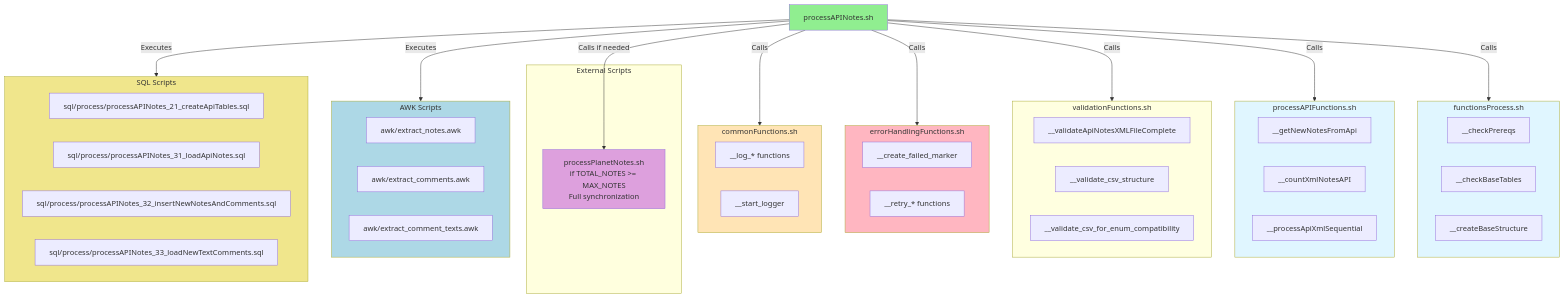
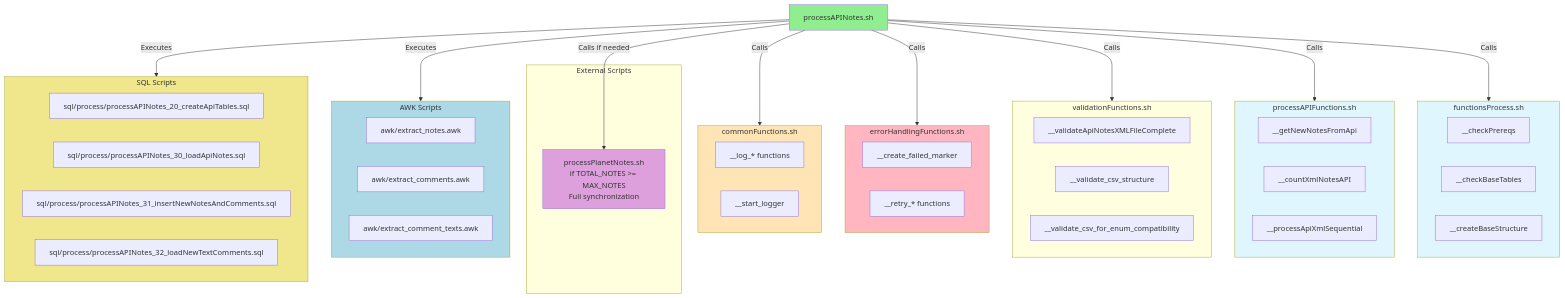
The second of 7 diagrams in docs/Process_API.md (OSM-Notes/OSM-Notes-Ingestion), drawn with Mermaid before and after one commit. The commit also changed other lines of this file and 64 other files, not shown here.

````diff
--- a/docs/Process_API.md
+++ b/docs/Process_API.md
@@ -566,68 +566,68 @@
 ```mermaid
 graph TD
     MAIN[processAPINotes.sh]
     
     subgraph Functions["functionsProcess.sh"]
         FUNC1[__checkPrereqs]
         FUNC2[__checkBaseTables]
         FUNC3[__createBaseStructure]
     end
     
     subgraph APIFunctions["processAPIFunctions.sh"]
         API1[__getNewNotesFromApi]
         API2[__countXmlNotesAPI]
         API3[__processApiXmlSequential]
     end
     
     subgraph Validation["validationFunctions.sh"]
         VAL1[__validateApiNotesXMLFileComplete]
         VAL2[__validate_csv_structure]
         VAL3[__validate_csv_for_enum_compatibility]
     end
     
     subgraph ErrorHandling["errorHandlingFunctions.sh"]
         ERR1[__create_failed_marker]
         ERR2[__retry_* functions]
     end
     
     subgraph Common["commonFunctions.sh"]
         COMMON1[__log_* functions]
         COMMON2[__start_logger]
     end
     
     subgraph External["External Scripts"]
         PLANET[processPlanetNotes.sh<br/>if TOTAL_NOTES >= MAX_NOTES<br/>Full synchronization]
     end
     
     subgraph AWK["AWK Scripts"]
         AWK1[awk/extract_notes.awk]
         AWK2[awk/extract_comments.awk]
         AWK3[awk/extract_comment_texts.awk]
     end
     
     subgraph SQL["SQL Scripts"]
-        SQL1[sql/process/processAPINotes_21_createApiTables.sql]
-        SQL2[sql/process/processAPINotes_31_loadApiNotes.sql]
-        SQL3[sql/process/processAPINotes_32_insertNewNotesAndComments.sql]
-        SQL4[sql/process/processAPINotes_33_loadNewTextComments.sql]
+        SQL1[sql/process/processAPINotes_20_createApiTables.sql]
+        SQL2[sql/process/processAPINotes_30_loadApiNotes.sql]
+        SQL3[sql/process/processAPINotes_31_insertNewNotesAndComments.sql]
+        SQL4[sql/process/processAPINotes_32_loadNewTextComments.sql]
     end
     
     MAIN -->|Calls| Functions
     MAIN -->|Calls| APIFunctions
     MAIN -->|Calls| Validation
     MAIN -->|Calls| ErrorHandling
     MAIN -->|Calls| Common
     MAIN -->|Calls if needed| PLANET
     MAIN -->|Executes| AWK
     MAIN -->|Executes| SQL
     
     style MAIN fill:#90EE90
     style Functions fill:#E0F6FF
     style APIFunctions fill:#E0F6FF
     style Validation fill:#FFFFE0
     style ErrorHandling fill:#FFB6C1
     style Common fill:#FFE4B5
     style PLANET fill:#DDA0DD
     style AWK fill:#ADD8E6
     style SQL fill:#F0E68C
 ```
````
